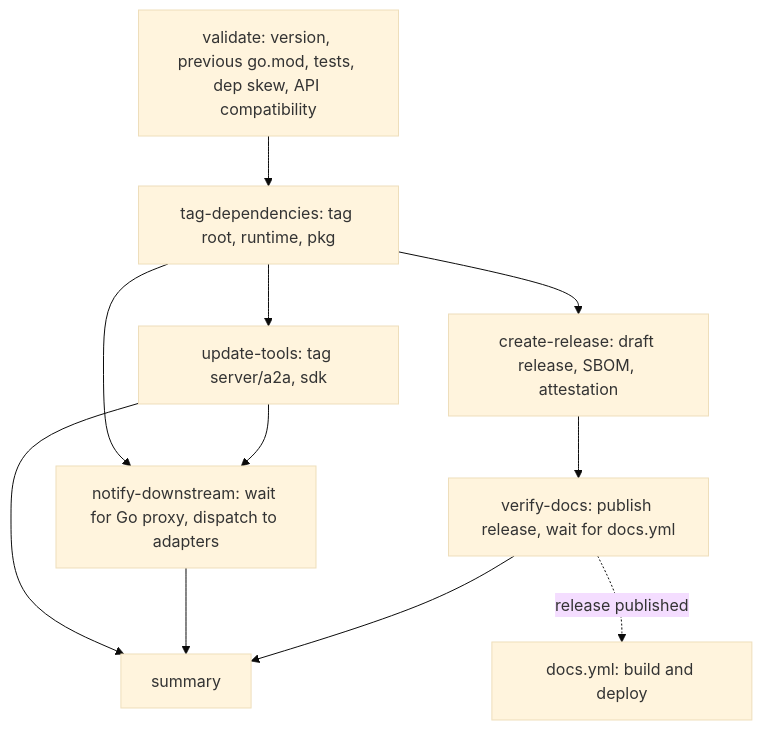
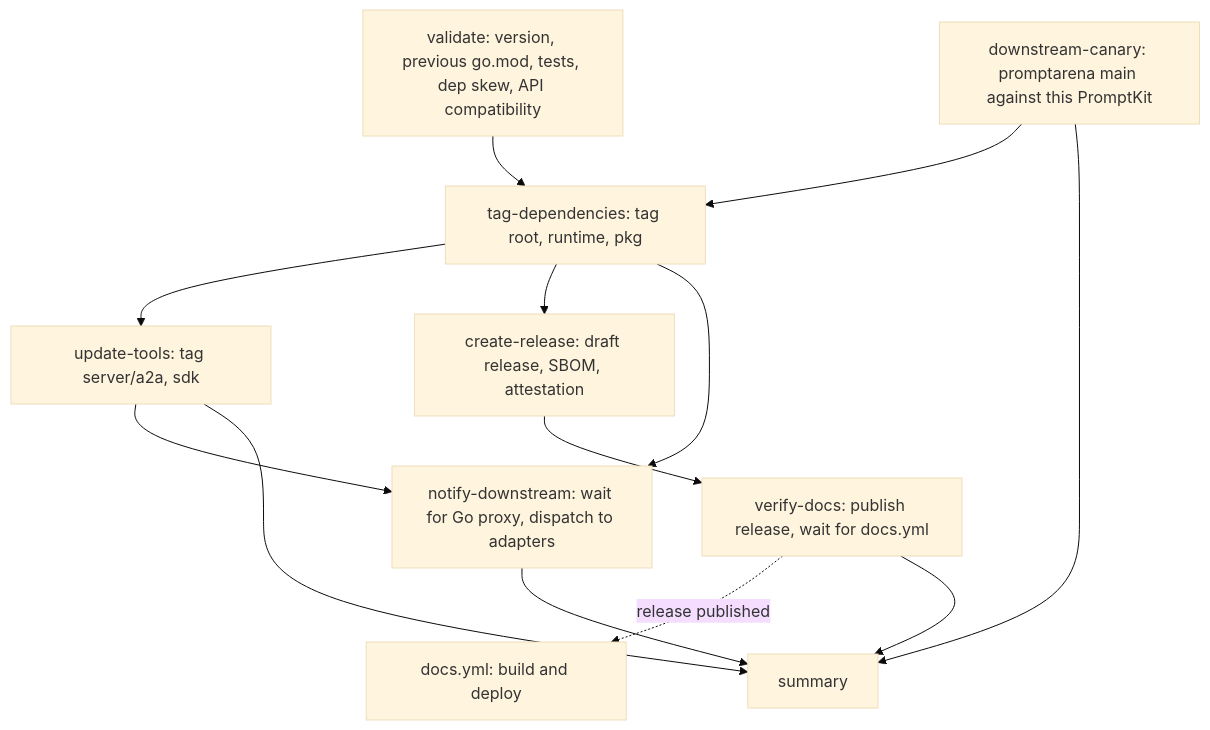
The fifth of 6 diagrams in docs/src/content/docs/devops/ci-cd-diagrams.md (AltairaLabs/PromptKit), drawn with Mermaid (base theme) before and after one commit. The commit also changed other lines of this file and 7 other files, not shown here.

First line of the commit message:
ci: build promptarena against PromptKit before release, run mock e2e (#2529)

````diff
--- a/docs/src/content/docs/devops/ci-cd-diagrams.md
+++ b/docs/src/content/docs/devops/ci-cd-diagrams.md
@@ -123,22 +127,25 @@
 ```mermaid
 flowchart TD
     validate["validate: version, previous go.mod, tests, dep skew, API compatibility"]
+    canary["downstream-canary: promptarena main against this PromptKit"]
     libs["tag-dependencies: tag root, runtime, pkg"]
     tools["update-tools: tag server/a2a, sdk"]
     create["create-release: draft release, SBOM, attestation"]
     verify["verify-docs: publish release, wait for docs.yml"]
     docs["docs.yml: build and deploy"]
     notify["notify-downstream: wait for Go proxy, dispatch to adapters"]
     summary["summary"]
 
     validate --> libs
+    canary --> libs
+    canary --> summary
     libs --> tools
     libs --> create
     create --> verify
     verify -.->|release published| docs
     tools --> notify
     libs --> notify
     verify --> summary
     notify --> summary
     tools --> summary
 ```
````
